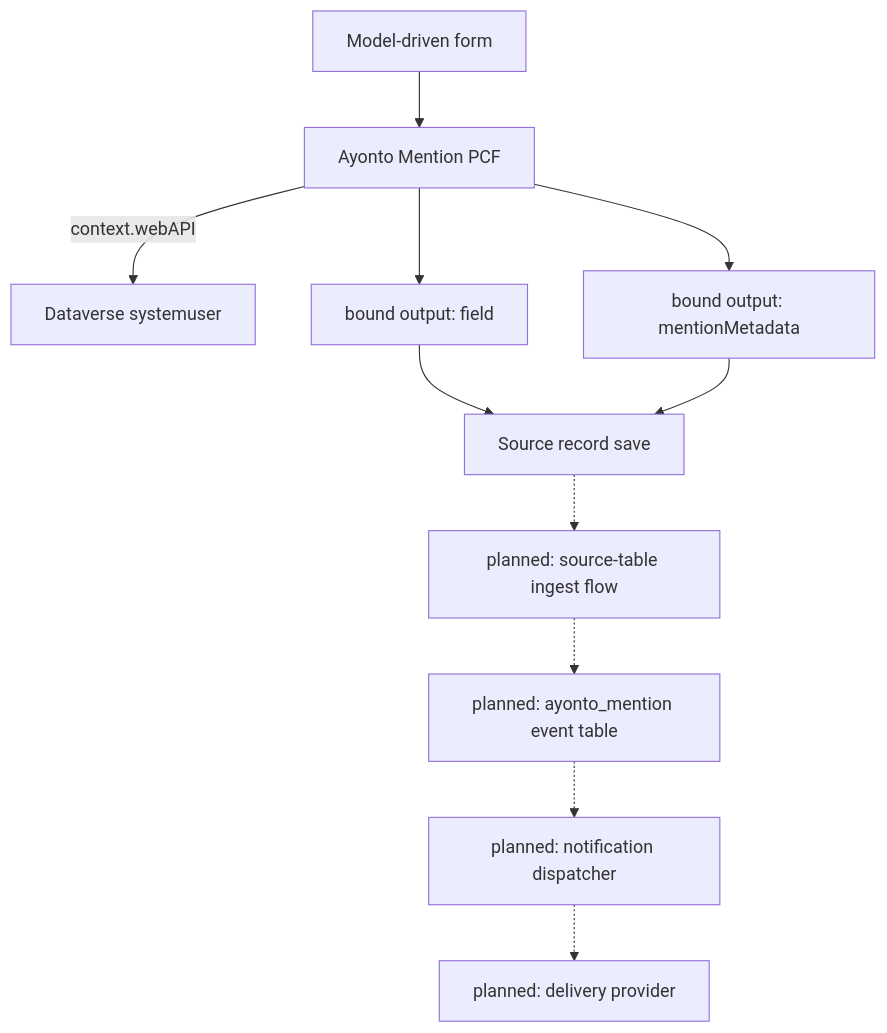
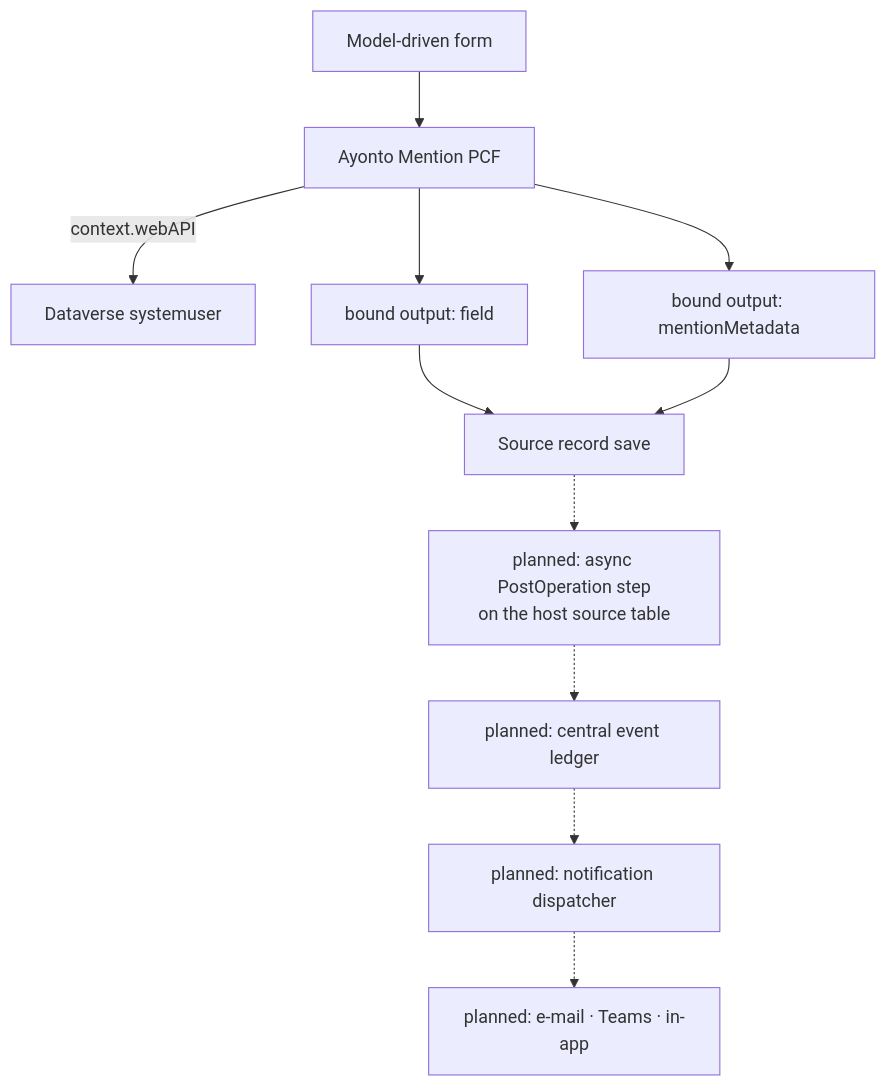
Before and after one commit to Ayonto-Digital-Solutions/ayonto-mention: the diagram in README.md, drawn with Mermaid. The commit also changed other lines of this file and 2 other files, not shown here.

First line of the commit message:
docs: document host-owned mention ingest architecture (#38)

````diff
--- a/README.md
+++ b/README.md
@@ -70,13 +70,13 @@
 ```mermaid
 flowchart TD
     form["Model-driven form"] --> pcf["Ayonto Mention PCF"]
     pcf -->|"context.webAPI"| users["Dataverse systemuser"]
     pcf --> field["bound output: field"]
     pcf --> meta["bound output: mentionMetadata"]
     field --> save["Source record save"]
     meta --> save
-    save -.-> ingest["planned: source-table ingest flow"]
-    ingest -.-> ledger["planned: ayonto_mention event table"]
+    save -.-> ingest["planned: async PostOperation step<br/>on the host source table"]
+    ingest -.-> ledger["planned: central event ledger"]
     ledger -.-> dispatcher["planned: notification dispatcher"]
-    dispatcher -.-> delivery["planned: delivery provider"]
+    dispatcher -.-> delivery["planned: e-mail · Teams · in-app"]
 ```
````
